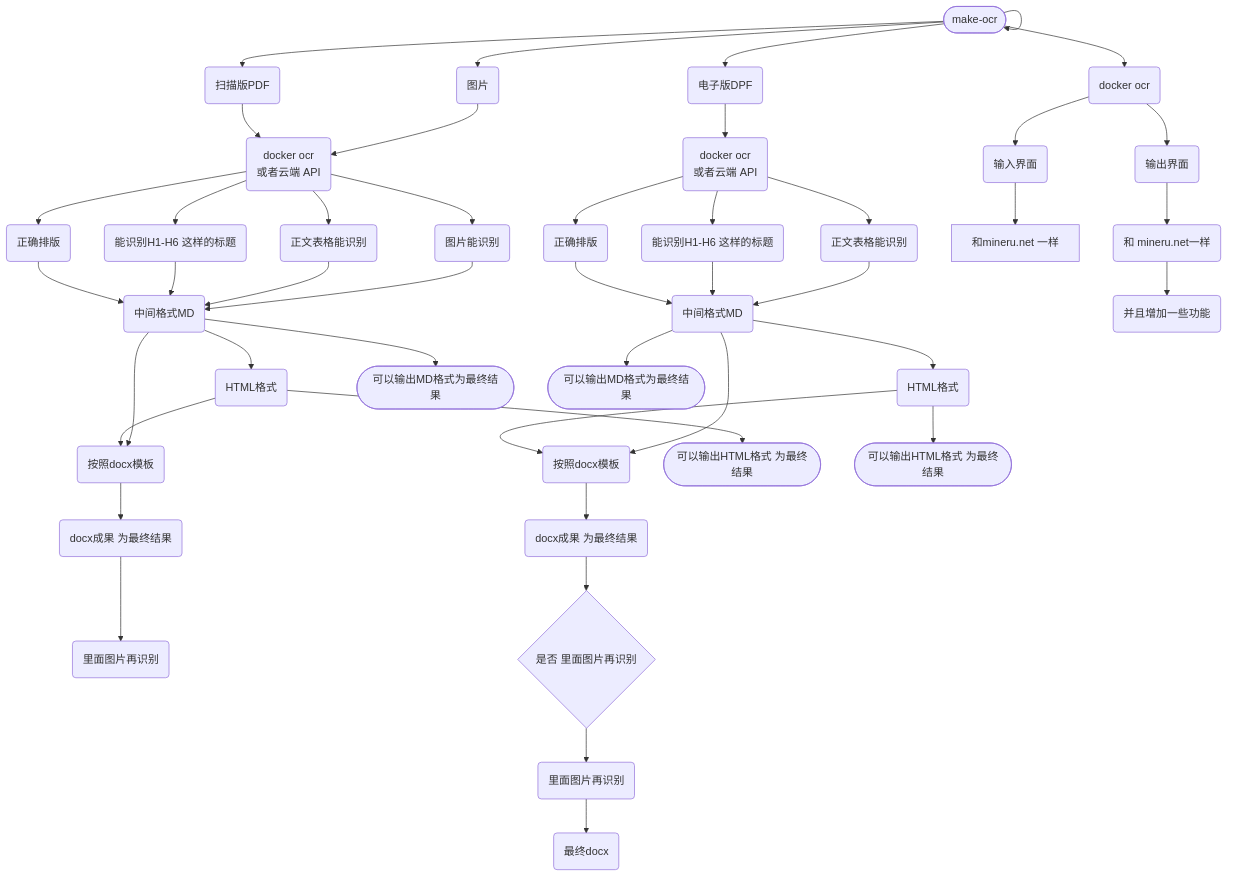
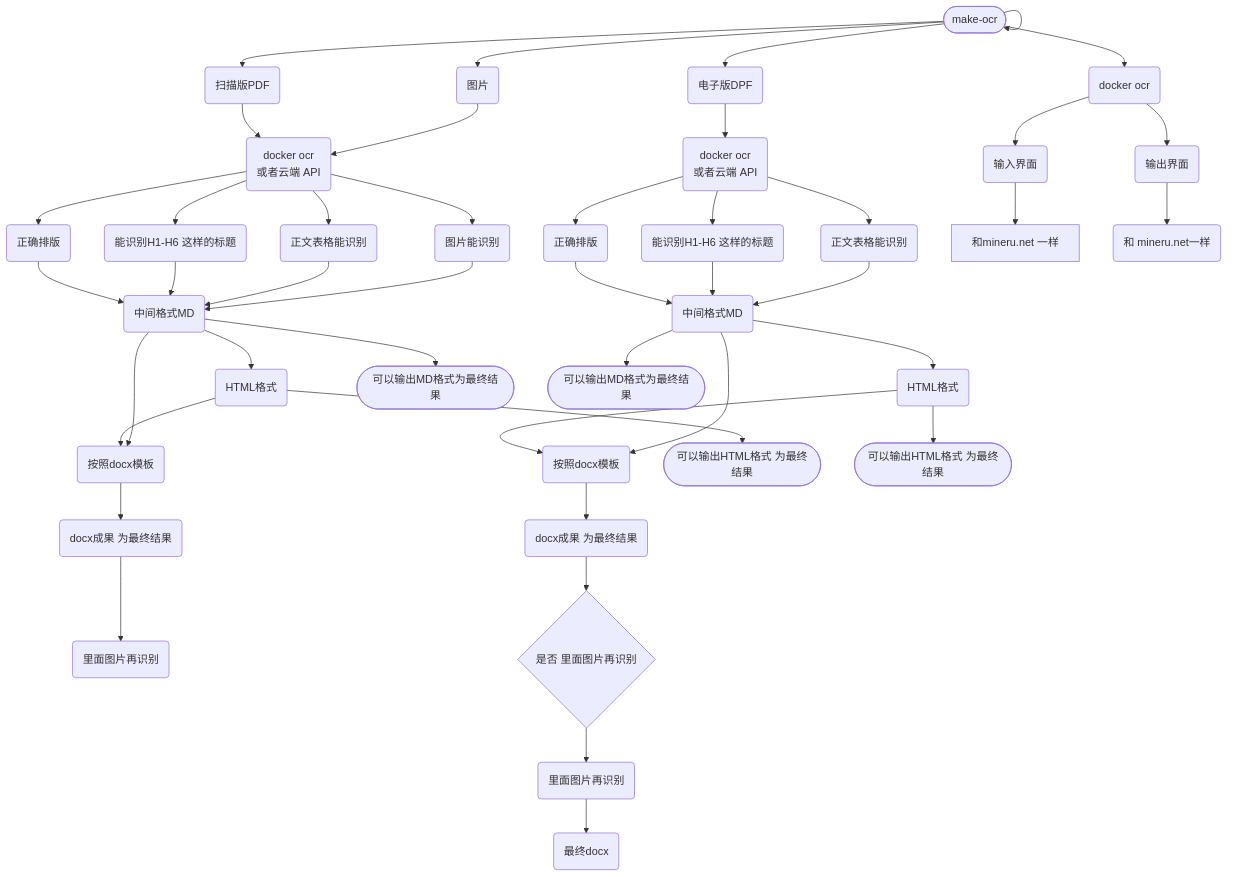
One commit to fireflysss/mermaid-notes changed the diagram in notes/未命名_da3b1e9d-46b8-4fe8-a207-538027b2306b.md. Above: the diagram before and after it, drawn with Mermaid. The commit also changed 3 other files, not shown here.

Commit message:
Sync Mermaid Studio data (14 diagrams)

````diff
--- a/notes/未命名_da3b1e9d-46b8-4fe8-a207-538027b2306b.md
+++ b/notes/未命名_da3b1e9d-46b8-4fe8-a207-538027b2306b.md
@@ -3,82 +3,80 @@
 ```mermaid
 flowchart TD
   n_0(["make-ocr"])
   n_1("扫描版PDF")
   n_2("电子版DPF")
   n_3("docker ocr<br/>或者云端 API")
   n_4("图片")
   n_5("能识别H1-H6 这样的标题")
   n_6("正文表格能识别")
   n_7("图片能识别")
   n_8("按照docx模板")
   n_9("里面图片再识别")
   n_10("docx成果 为最终结果")
   n_11("中间格式MD")
   n_12("HTML格式")
   n_13("docker ocr<br/>或者云端 API")
   n_14("能识别H1-H6 这样的标题")
   n_15("正文表格能识别")
   n_16("按照docx模板")
   n_17("docx成果 为最终结果")
   n_18("中间格式MD")
   n_19("HTML格式")
   n_20("最终docx")
   n_21("里面图片再识别")
   n_22{"是否 里面图片再识别"}
   n_23("正确排版")
   n_24("正确排版")
   n_25(["可以输出MD格式为最终结果"])
   n_26(["可以输出MD格式为最终结果"])
   n_27(["可以输出HTML格式 为最终结果"])
   n_28(["可以输出HTML格式 为最终结果"])
   n_29("docker ocr")
   n_30("输入界面")
   n_31("输出界面")
   n_32["和mineru.net 一样"]
   n_33("和 mineru.net一样")
-  n_34("并且增加一些功能")
   n_0 --> n_0
   n_0 --> n_1
   n_0 --> n_2
   n_0 --> n_4
   n_11 --> n_8
   n_11 --> n_12
   n_12 --> n_8
   n_8 --> n_10
   n_10 --> n_9
   n_18 --> n_16
   n_18 --> n_19
   n_19 --> n_16
   n_16 --> n_17
   n_4 --> n_3
   n_1 --> n_3
   n_2 --> n_13
   n_13 --> n_14
   n_13 --> n_15
   n_15 --> n_18
   n_14 --> n_18
   n_7 --> n_11
   n_6 --> n_11
   n_5 --> n_11
   n_3 --> n_6
   n_21 --> n_20
   n_17 --> n_22
   n_22 --> n_21
   n_3 --> n_5
   n_3 --> n_7
   n_3 --> n_23
   n_23 --> n_11
   n_13 --> n_24
   n_24 --> n_18
   n_11 --> n_25
   n_18 --> n_26
   n_12 --> n_27
   n_19 --> n_28
   n_0 --> n_29
   n_29 --> n_30
   n_29 --> n_31
   n_30 --> n_32
   n_31 --> n_33
-  n_33 --> n_34
 
 ```
````
